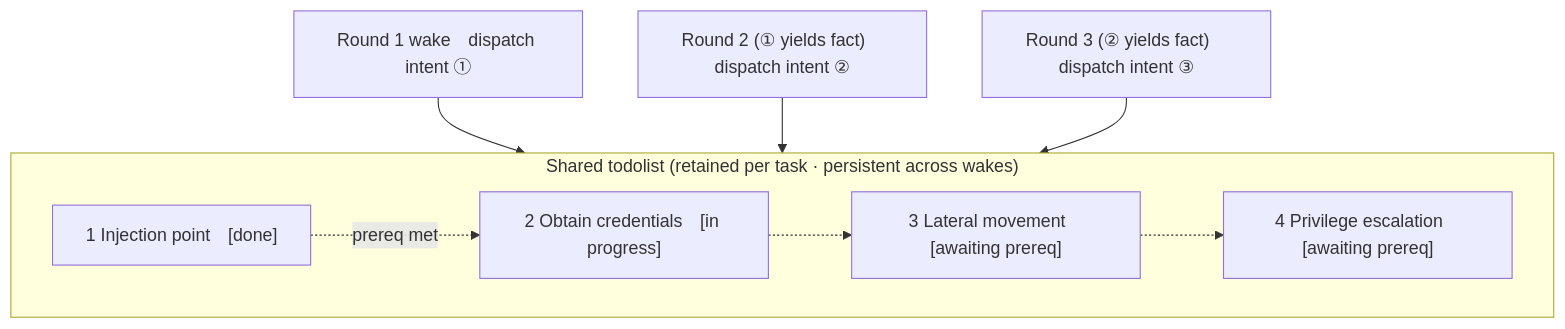
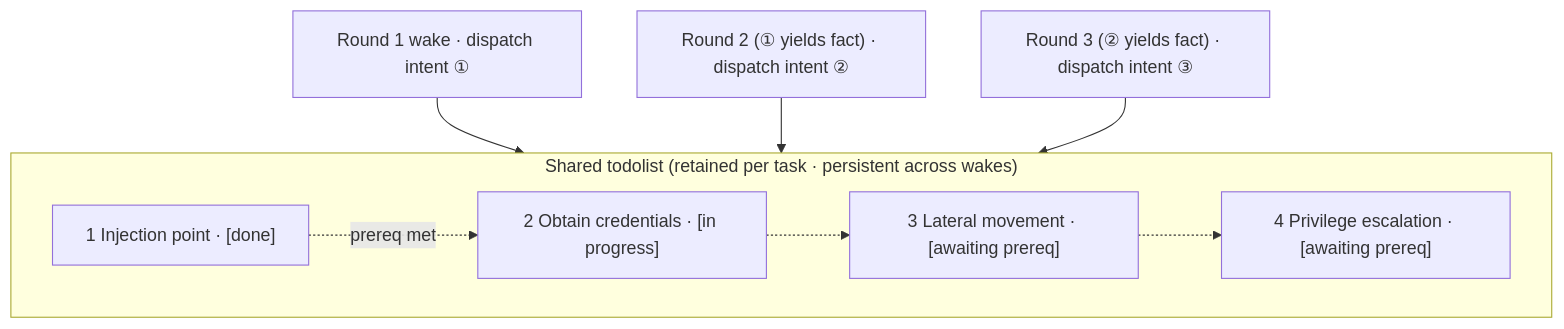
One commit to Hemalv02/ARTEX changed the fifth of 5 diagrams in README.md. Above: the diagram before and after it, drawn with Mermaid. The commit also changed other lines of this file and 137 other files, not shown here.

````diff
--- a/README.md
+++ b/README.md
@@ -449,14 +449,14 @@
 ```mermaid
 flowchart TB
   subgraph TODO["Shared todolist (retained per task · persistent across wakes)"]
     direction LR
-    T1["1 Injection point　[done]"]
-    T2["2 Obtain credentials　[in progress]"]
-    T3["3 Lateral movement　[awaiting prereq]"]
-    T4["4 Privilege escalation　[awaiting prereq]"]
+    T1["1 Injection point · [done]"]
+    T2["2 Obtain credentials · [in progress]"]
+    T3["3 Lateral movement · [awaiting prereq]"]
+    T4["4 Privilege escalation · [awaiting prereq]"]
     T1 -.prereq met.-> T2 -.-> T3 -.-> T4
   end
-  R1["Round 1 wake　dispatch intent ①"] --> T1
-  R2["Round 2 (① yields fact)　dispatch intent ②"] --> T2
-  R3["Round 3 (② yields fact)　dispatch intent ③"] --> T3
+  R1["Round 1 wake · dispatch intent ①"] --> T1
+  R2["Round 2 (① yields fact) · dispatch intent ②"] --> T2
+  R3["Round 3 (② yields fact) · dispatch intent ③"] --> T3
 ```
````
